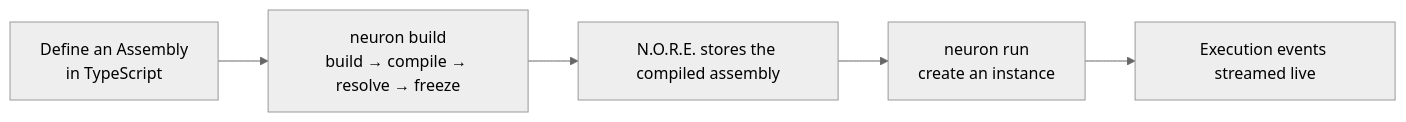
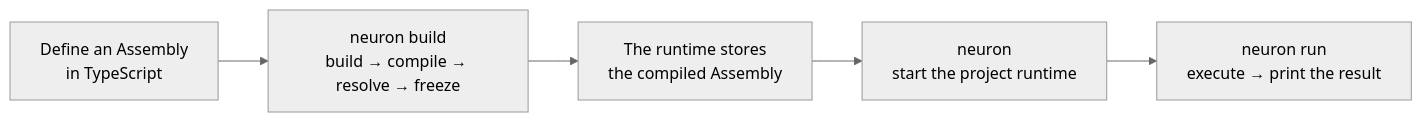
The first of 2 diagrams in docs/GETTING_STARTED.md (neuron-runtime/neuron), drawn with Mermaid (neutral theme) before and after one commit. The commit also changed other lines of this file and 3 other files, not shown here.

First line of the commit message:
docs+cli: align run flow, command surfaces, and store docs

````diff
--- a/docs/GETTING_STARTED.md
+++ b/docs/GETTING_STARTED.md
@@ -5,7 +5,7 @@
 ```mermaid
 flowchart LR
     A[Define an Assembly<br/>in TypeScript] --> B[neuron build<br/>build → compile → resolve → freeze]
-    B --> C[N.O.R.E. stores the compiled assembly]
-    C --> D[neuron run<br/>create an instance]
-    D --> E[Execution events streamed live]
+    B --> C[The runtime stores<br/>the compiled Assembly]
+    C --> D[neuron<br/>start the project runtime]
+    D --> E[neuron run<br/>execute → print the result]
 ```
````
